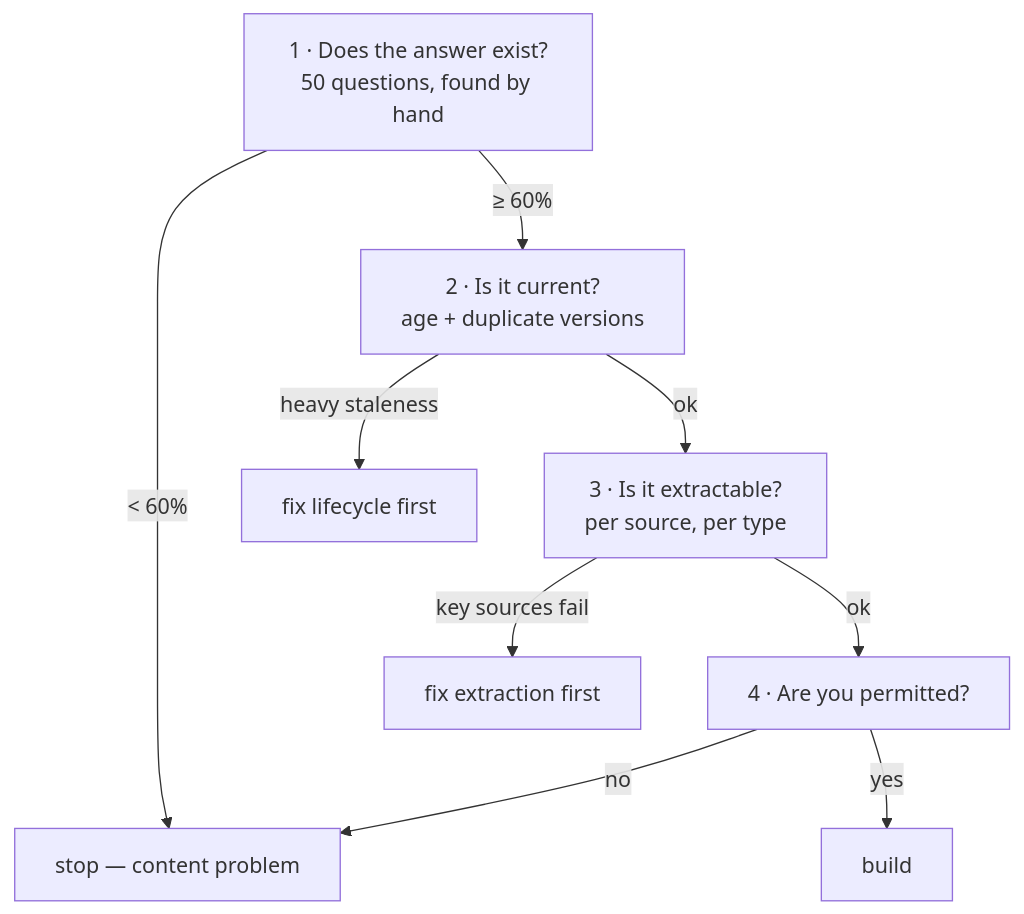
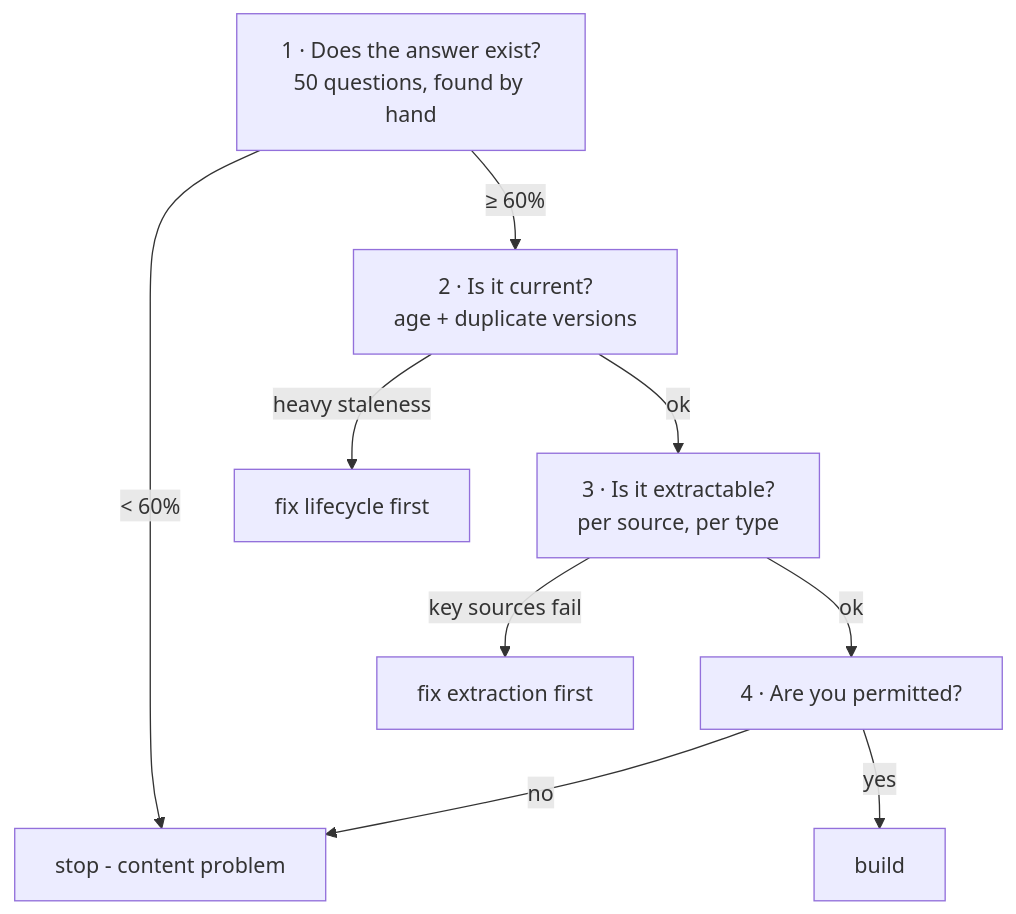
The diagram in src/content/docs/10-ai-engineering/ai-data-readiness.mdx (danielsousaoliveira/cs-fundamentals), drawn with Mermaid before and after one commit. The commit also changed other lines of this file and 139 other files, not shown here.

````diff
--- a/src/content/docs/10-ai-engineering/ai-data-readiness.mdx
+++ b/src/content/docs/10-ai-engineering/ai-data-readiness.mdx
@@ -150,11 +150,11 @@
 ```mermaid
 flowchart TB
-  A["1 · Does the answer exist?<br/>50 questions, found by hand"] -->|"< 60%"| S[stop — content problem]
+  A["1 · Does the answer exist?<br/>50 questions, found by hand"] -->|"< 60%"| S[stop - content problem]
   A -->|"≥ 60%"| B["2 · Is it current?<br/>age + duplicate versions"]
   B -->|"heavy staleness"| C1[fix lifecycle first]
   B -->|ok| C["3 · Is it extractable?<br/>per source, per type"]
   C -->|"key sources fail"| C2[fix extraction first]
   C -->|ok| D["4 · Are you permitted?"]
   D -->|no| S
   D -->|yes| G[build]
 ```
````
